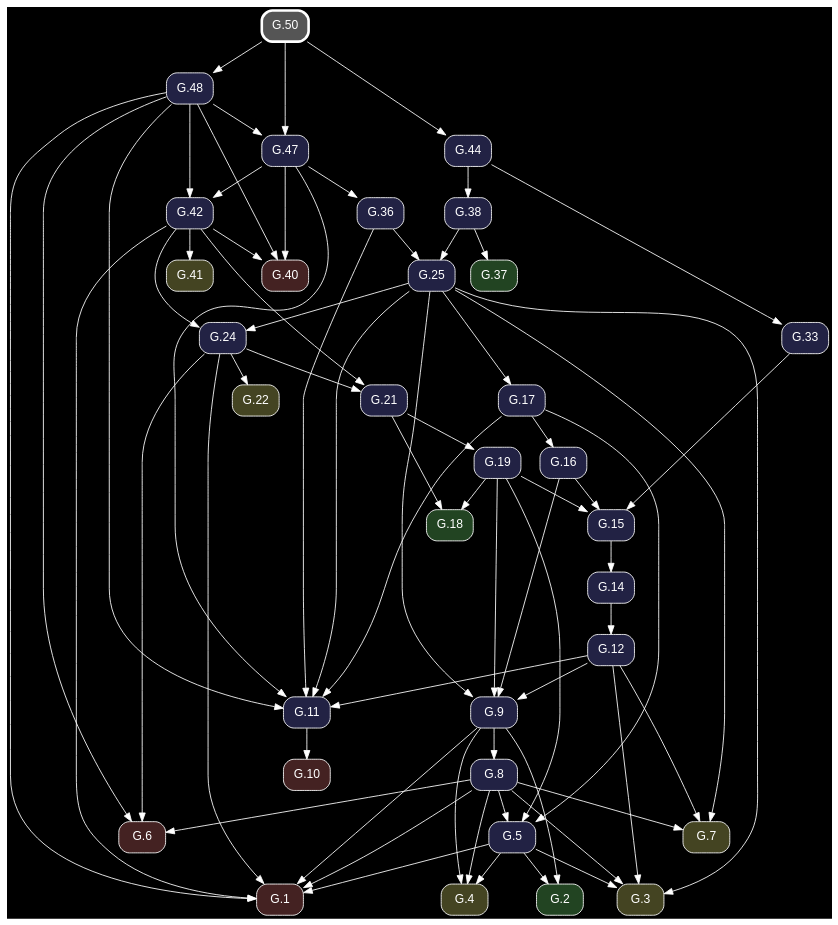
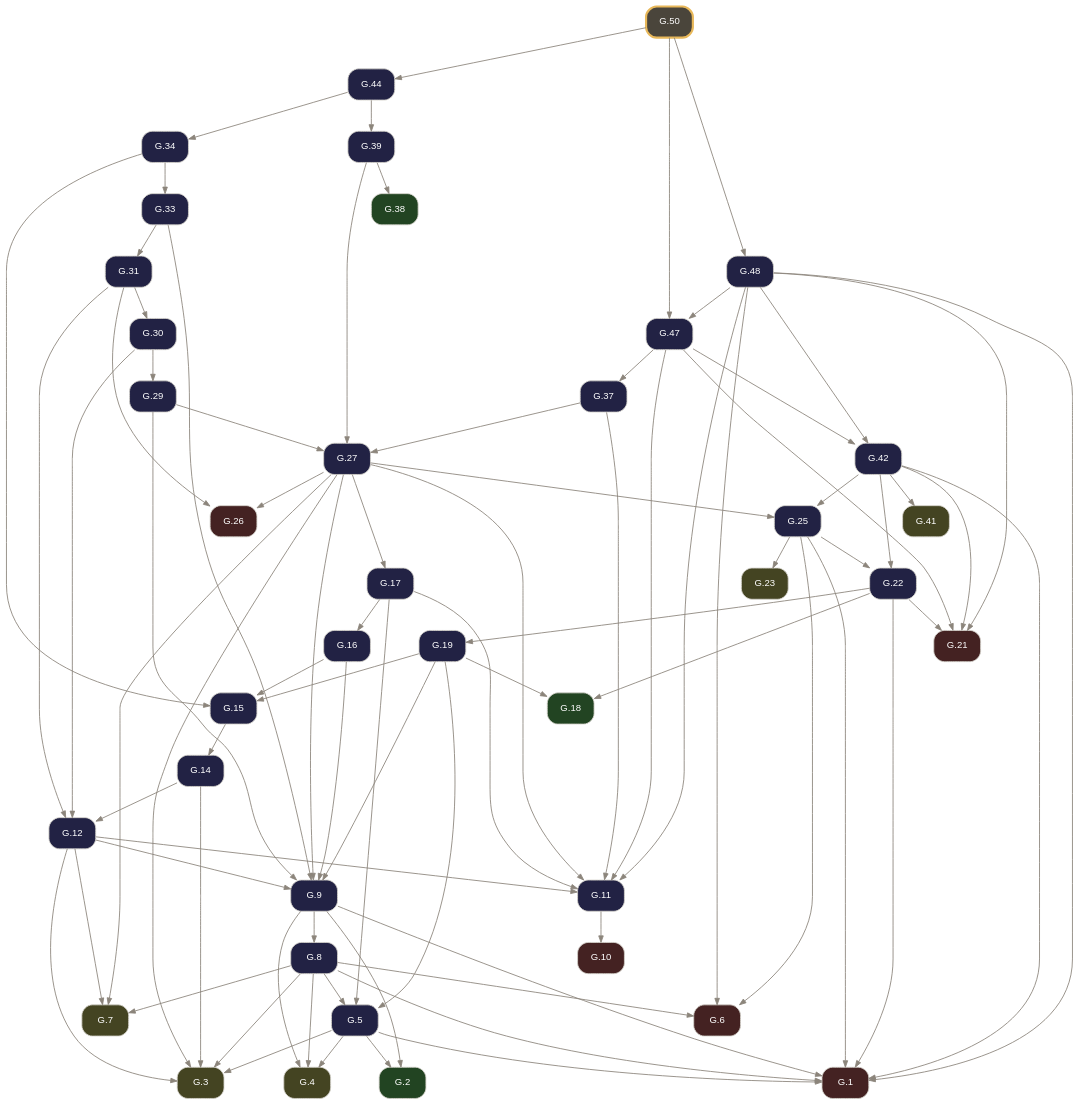
One commit to geometor/elements changed the diagram in docsrc/elements2/G.50/index.rst. Above: the diagram before and after it, drawn with Graphviz. The commit also changed other lines of this file and 261 other files, not shown here.

Commit message:
feat: rebuild Elements 2.0 G-Index pipeline from composed Euclid Heath edition (v0.3.0)

```diff
--- a/docsrc/elements2/G.50/index.rst
+++ b/docsrc/elements2/G.50/index.rst
@@ -58,108 +61,127 @@
 .. graphviz::
 
    digraph {
-     bgcolor="black";
-     node [shape=box, style="rounded,filled", fontname="Helvetica", color="white", fontcolor="white"];
-     edge [color="white", fontcolor="white"];
+     bgcolor="transparent";
+     node [shape=box, style="rounded,filled", fontname="Helvetica", fontsize=11, color="#d6d3cd", fontcolor="#ffffff"];
+     edge [color="#8c857b", fontcolor="#8c857b", arrowsize=0.75];
      rankdir="TB";
-     "G.50" [label="G.50", penwidth=3, color="white", fillcolor="#555555", URL="/elements2/G.50/", target="_top"];
-     "G.19" [label="G.19", fillcolor="#222244", URL="/elements2/G.19/", target="_top"];
-     "G.21" [label="G.21", fillcolor="#222244", URL="/elements2/G.21/", target="_top"];
-     "G.24" [label="G.24", fillcolor="#222244", URL="/elements2/G.24/", target="_top"];
-     "G.10" [label="G.10", fillcolor="#442222", URL="/elements2/G.10/", target="_top"];
-     "G.42" [label="G.42", fillcolor="#222244", URL="/elements2/G.42/", target="_top"];
-     "G.17" [label="G.17", fillcolor="#222244", URL="/elements2/G.17/", target="_top"];
-     "G.15" [label="G.15", fillcolor="#222244", URL="/elements2/G.15/", target="_top"];
-     "G.3" [label="G.3", fillcolor="#444422", URL="/elements2/G.3/", target="_top"];
-     "G.5" [label="G.5", fillcolor="#222244", URL="/elements2/G.5/", target="_top"];
-     "G.1" [label="G.1", fillcolor="#442222", URL="/elements2/G.1/", target="_top"];
-     "G.2" [label="G.2", fillcolor="#224422", URL="/elements2/G.2/", target="_top"];
-     "G.12" [label="G.12", fillcolor="#222244", URL="/elements2/G.12/", target="_top"];
-     "G.22" [label="G.22", fillcolor="#444422", URL="/elements2/G.22/", target="_top"];
-     "G.8" [label="G.8", fillcolor="#222244", URL="/elements2/G.8/", target="_top"];
-     "G.25" [label="G.25", fillcolor="#222244", URL="/elements2/G.25/", target="_top"];
-     "G.18" [label="G.18", fillcolor="#224422", URL="/elements2/G.18/", target="_top"];
-     "G.40" [label="G.40", fillcolor="#442222", URL="/elements2/G.40/", target="_top"];
-     "G.4" [label="G.4", fillcolor="#444422", URL="/elements2/G.4/", target="_top"];
-     "G.16" [label="G.16", fillcolor="#222244", URL="/elements2/G.16/", target="_top"];
-     "G.6" [label="G.6", fillcolor="#442222", URL="/elements2/G.6/", target="_top"];
-     "G.38" [label="G.38", fillcolor="#222244", URL="/elements2/G.38/", target="_top"];
-     "G.48" [label="G.48", fillcolor="#222244", URL="/elements2/G.48/", target="_top"];
-     "G.7" [label="G.7", fillcolor="#444422", URL="/elements2/G.7/", target="_top"];
-     "G.41" [label="G.41", fillcolor="#444422", URL="/elements2/G.41/", target="_top"];
-     "G.14" [label="G.14", fillcolor="#222244", URL="/elements2/G.14/", target="_top"];
-     "G.36" [label="G.36", fillcolor="#222244", URL="/elements2/G.36/", target="_top"];
-     "G.9" [label="G.9", fillcolor="#222244", URL="/elements2/G.9/", target="_top"];
-     "G.37" [label="G.37", fillcolor="#224422", URL="/elements2/G.37/", target="_top"];
-     "G.11" [label="G.11", fillcolor="#222244", URL="/elements2/G.11/", target="_top"];
-     "G.44" [label="G.44", fillcolor="#222244", URL="/elements2/G.44/", target="_top"];
-     "G.33" [label="G.33", fillcolor="#222244", URL="/elements2/G.33/", target="_top"];
-     "G.47" [label="G.47", fillcolor="#222244", URL="/elements2/G.47/", target="_top"];
-     "G.21" -> "G.19";
-     "G.24" -> "G.21";
-     "G.42" -> "G.21";
-     "G.25" -> "G.24";
-     "G.42" -> "G.24";
-     "G.11" -> "G.10";
-     "G.47" -> "G.42";
-     "G.48" -> "G.42";
-     "G.25" -> "G.17";
-     "G.19" -> "G.15";
-     "G.16" -> "G.15";
-     "G.33" -> "G.15";
+     "G.1" [label="G.1", tooltip="G.1 (I.cn.1)", fillcolor="#442222", URL="../G.1/index.html", target="_top"];
+     "G.2" [label="G.2", tooltip="G.2 (I.def.15)", fillcolor="#224422", URL="../G.2/index.html", target="_top"];
+     "G.3" [label="G.3", tooltip="G.3 (I.post.1)", fillcolor="#444422", URL="../G.3/index.html", target="_top"];
+     "G.4" [label="G.4", tooltip="G.4 (I.post.3)", fillcolor="#444422", URL="../G.4/index.html", target="_top"];
+     "G.5" [label="G.5", tooltip="G.5 (I.1)", fillcolor="#222244", URL="../G.5/index.html", target="_top"];
+     "G.6" [label="G.6", tooltip="G.6 (I.cn.3)", fillcolor="#442222", URL="../G.6/index.html", target="_top"];
+     "G.7" [label="G.7", tooltip="G.7 (I.post.2)", fillcolor="#444422", URL="../G.7/index.html", target="_top"];
+     "G.8" [label="G.8", tooltip="G.8 (I.2)", fillcolor="#222244", URL="../G.8/index.html", target="_top"];
+     "G.9" [label="G.9", tooltip="G.9 (I.3)", fillcolor="#222244", URL="../G.9/index.html", target="_top"];
+     "G.10" [label="G.10", tooltip="G.10 (I.cn.4)", fillcolor="#442222", URL="../G.10/index.html", target="_top"];
+     "G.11" [label="G.11", tooltip="G.11 (I.4)", fillcolor="#222244", URL="../G.11/index.html", target="_top"];
+     "G.12" [label="G.12", tooltip="G.12 (I.5)", fillcolor="#222244", URL="../G.12/index.html", target="_top"];
+     "G.14" [label="G.14", tooltip="G.14 (I.7)", fillcolor="#222244", URL="../G.14/index.html", target="_top"];
+     "G.15" [label="G.15", tooltip="G.15 (I.8)", fillcolor="#222244", URL="../G.15/index.html", target="_top"];
+     "G.16" [label="G.16", tooltip="G.16 (I.9)", fillcolor="#222244", URL="../G.16/index.html", target="_top"];
+     "G.17" [label="G.17", tooltip="G.17 (I.10)", fillcolor="#222244", URL="../G.17/index.html", target="_top"];
+     "G.18" [label="G.18", tooltip="G.18 (I.def.10)", fillcolor="#224422", URL="../G.18/index.html", target="_top"];
+     "G.19" [label="G.19", tooltip="G.19 (I.11)", fillcolor="#222244", URL="../G.19/index.html", target="_top"];
+     "G.21" [label="G.21", tooltip="G.21 (I.cn.2)", fillcolor="#442222", URL="../G.21/index.html", target="_top"];
+     "G.22" [label="G.22", tooltip="G.22 (I.13)", fillcolor="#222244", URL="../G.22/index.html", target="_top"];
+     "G.23" [label="G.23", tooltip="G.23 (I.post.4)", fillcolor="#444422", URL="../G.23/index.html", target="_top"];
+     "G.25" [label="G.25", tooltip="G.25 (I.15)", fillcolor="#222244", URL="../G.25/index.html", target="_top"];
+     "G.26" [label="G.26", tooltip="G.26 (I.cn.5)", fillcolor="#442222", URL="../G.26/index.html", target="_top"];
+     "G.27" [label="G.27", tooltip="G.27 (I.16)", fillcolor="#222244", URL="../G.27/index.html", target="_top"];
+     "G.29" [label="G.29", tooltip="G.29 (I.18)", fillcolor="#222244", URL="../G.29/index.html", target="_top"];
+     "G.30" [label="G.30", tooltip="G.30 (I.19)", fillcolor="#222244", URL="../G.30/index.html", target="_top"];
+     "G.31" [label="G.31", tooltip="G.31 (I.20)", fillcolor="#222244", URL="../G.31/index.html", target="_top"];
+     "G.33" [label="G.33", tooltip="G.33 (I.22)", fillcolor="#222244", URL="../G.33/index.html", target="_top"];
+     "G.34" [label="G.34", tooltip="G.34 (I.23)", fillcolor="#222244", URL="../G.34/index.html", target="_top"];
+     "G.37" [label="G.37", tooltip="G.37 (I.26)", fillcolor="#222244", URL="../G.37/index.html", target="_top"];
+     "G.38" [label="G.38", tooltip="G.38 (I.def.23)", fillcolor="#224422", URL="../G.38/index.html", target="_top"];
+     "G.39" [label="G.39", tooltip="G.39 (I.27)", fillcolor="#222244", URL="../G.39/index.html", target="_top"];
+     "G.41" [label="G.41", tooltip="G.41 (I.post.5)", fillcolor="#444422", URL="../G.41/index.html", target="_top"];
+     "G.42" [label="G.42", tooltip="G.42 (I.29)", fillcolor="#222244", URL="../G.42/index.html", target="_top"];
+     "G.44" [label="G.44", tooltip="G.44 (I.31)", fillcolor="#222244", URL="../G.44/index.html", target="_top"];
+     "G.47" [label="G.47", tooltip="G.47 (I.34)", fillcolor="#222244", URL="../G.47/index.html", target="_top"];
+     "G.48" [label="G.48", tooltip="G.48 (I.35)", fillcolor="#222244", URL="../G.48/index.html", target="_top"];
+     "G.50" [label="G.50", tooltip="G.50 (I.37)", penwidth=2.5, color="#e8b85a", fillcolor="#4a453b", URL="index.html", target="_top"];
+     "G.5" -> "G.1";
+     "G.8" -> "G.1";
+     "G.9" -> "G.1";
+     "G.22" -> "G.1";
+     "G.25" -> "G.1";
+     "G.42" -> "G.1";
+     "G.48" -> "G.1";
+     "G.5" -> "G.2";
+     "G.9" -> "G.2";
      "G.5" -> "G.3";
-     "G.25" -> "G.3";
      "G.8" -> "G.3";
      "G.12" -> "G.3";
-     "G.19" -> "G.5";
-     "G.8" -> "G.5";
-     "G.17" -> "G.5";
-     "G.5" -> "G.1";
-     "G.24" -> "G.1";
-     "G.48" -> "G.1";
-     "G.8" -> "G.1";
-     "G.42" -> "G.1";
-     "G.9" -> "G.1";
-     "G.5" -> "G.2";
-     "G.9" -> "G.2";
-     "G.14" -> "G.12";
-     "G.24" -> "G.22";
-     "G.9" -> "G.8";
-     "G.36" -> "G.25";
-     "G.38" -> "G.25";
-     "G.19" -> "G.18";
-     "G.21" -> "G.18";
-     "G.47" -> "G.40";
-     "G.48" -> "G.40";
-     "G.42" -> "G.40";
+     "G.14" -> "G.3";
+     "G.27" -> "G.3";
      "G.5" -> "G.4";
      "G.8" -> "G.4";
      "G.9" -> "G.4";
-     "G.17" -> "G.16";
-     "G.24" -> "G.6";
+     "G.8" -> "G.5";
+     "G.17" -> "G.5";
+     "G.19" -> "G.5";
+     "G.8" -> "G.6";
+     "G.25" -> "G.6";
      "G.48" -> "G.6";
-     "G.8" -> "G.6";
-     "G.44" -> "G.38";
-     "G.50" -> "G.48";
-     "G.25" -> "G.7";
      "G.8" -> "G.7";
      "G.12" -> "G.7";
-     "G.42" -> "G.41";
-     "G.15" -> "G.14";
-     "G.47" -> "G.36";
+     "G.27" -> "G.7";
+     "G.9" -> "G.8";
+     "G.12" -> "G.9";
+     "G.16" -> "G.9";
      "G.19" -> "G.9";
-     "G.25" -> "G.9";
-     "G.16" -> "G.9";
-     "G.12" -> "G.9";
-     "G.38" -> "G.37";
-     "G.36" -> "G.11";
+     "G.27" -> "G.9";
+     "G.29" -> "G.9";
+     "G.33" -> "G.9";
+     "G.11" -> "G.10";
+     "G.12" -> "G.11";
+     "G.17" -> "G.11";
+     "G.27" -> "G.11";
+     "G.37" -> "G.11";
      "G.47" -> "G.11";
      "G.48" -> "G.11";
-     "G.25" -> "G.11";
-     "G.17" -> "G.11";
-     "G.12" -> "G.11";
+     "G.14" -> "G.12";
+     "G.30" -> "G.12";
+     "G.31" -> "G.12";
+     "G.15" -> "G.14";
+     "G.16" -> "G.15";
+     "G.19" -> "G.15";
+     "G.34" -> "G.15";
+     "G.17" -> "G.16";
+     "G.27" -> "G.17";
+     "G.19" -> "G.18";
+     "G.22" -> "G.18";
+     "G.22" -> "G.19";
+     "G.22" -> "G.21";
+     "G.42" -> "G.21";
+     "G.47" -> "G.21";
+     "G.48" -> "G.21";
+     "G.25" -> "G.22";
+     "G.42" -> "G.22";
+     "G.25" -> "G.23";
+     "G.27" -> "G.25";
+     "G.42" -> "G.25";
+     "G.27" -> "G.26";
+     "G.31" -> "G.26";
+     "G.29" -> "G.27";
+     "G.37" -> "G.27";
+     "G.39" -> "G.27";
+     "G.30" -> "G.29";
+     "G.31" -> "G.30";
+     "G.33" -> "G.31";
+     "G.34" -> "G.33";
+     "G.44" -> "G.34";
+     "G.47" -> "G.37";
+     "G.39" -> "G.38";
+     "G.44" -> "G.39";
+     "G.42" -> "G.41";
+     "G.47" -> "G.42";
+     "G.48" -> "G.42";
      "G.50" -> "G.44";
-     "G.44" -> "G.33";
      "G.48" -> "G.47";
      "G.50" -> "G.47";
+     "G.50" -> "G.48";
    }
```
